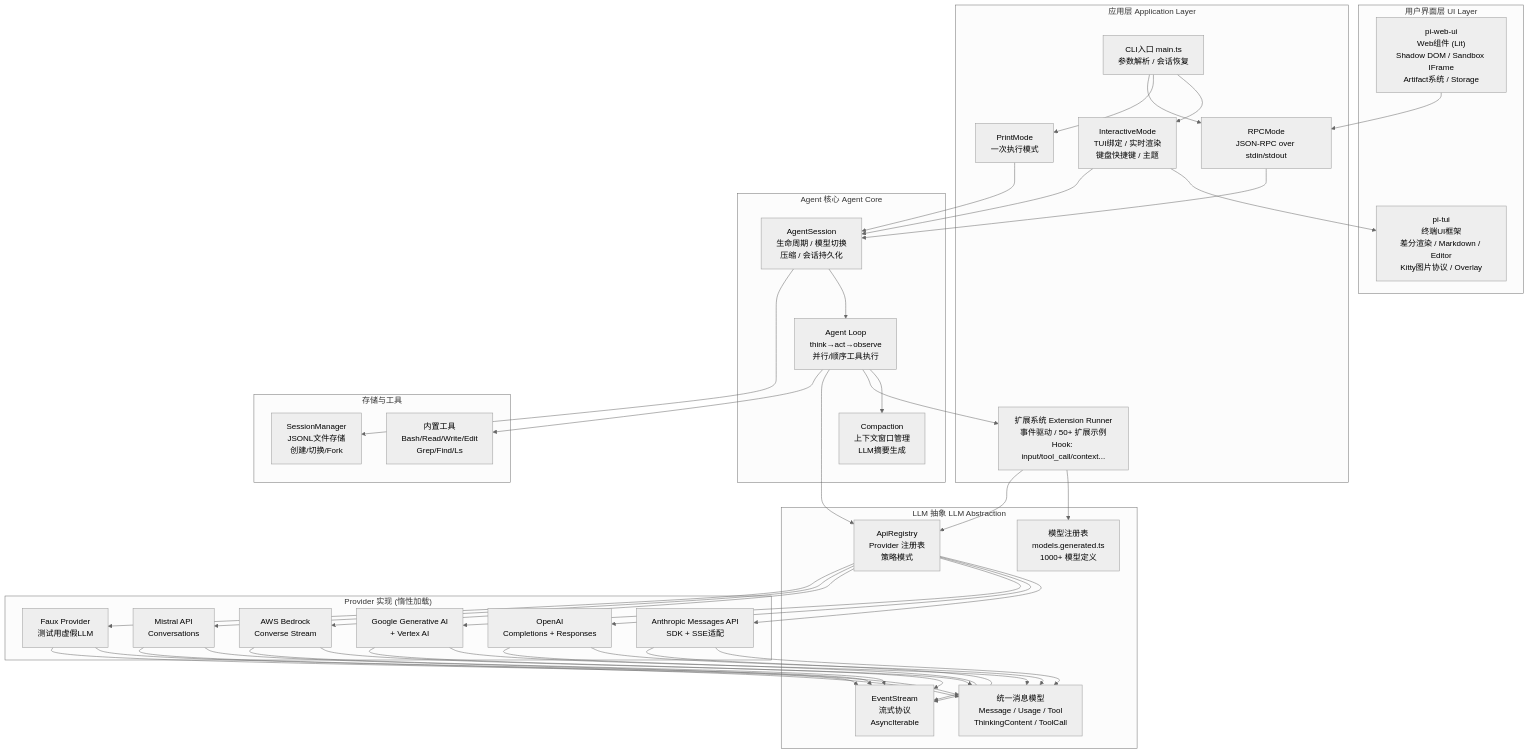
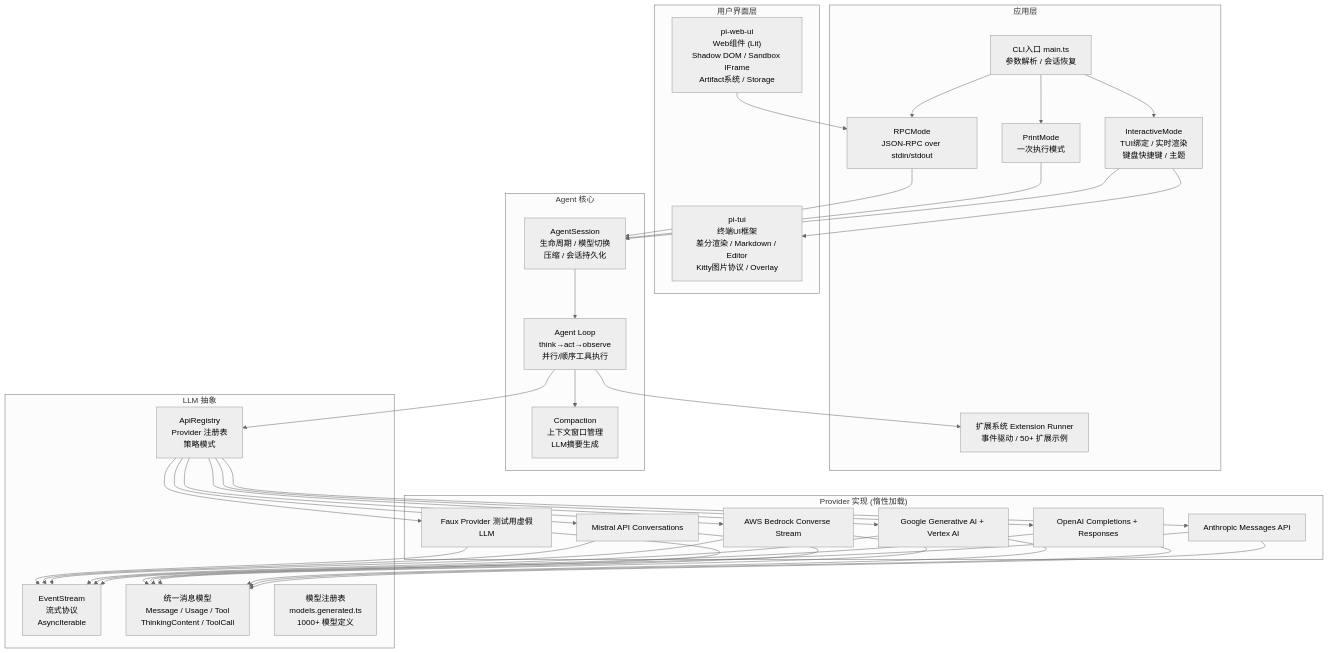
Before and after one commit to wangbinyq/opensource-arch: the first of 2 diagrams in analyses/pi-mono/README.md, drawn with Mermaid (neutral theme). The commit also changed other lines of this file and 8 other files, not shown here.

````diff
--- a/analyses/pi-mono/README.md
+++ b/analyses/pi-mono/README.md
@@ -602,61 +29,47 @@
 ```mermaid
 graph TB
-    subgraph "用户界面层 UI Layer"
+    subgraph "用户界面层"
         TUI["pi-tui<br/>终端UI框架<br/>差分渲染 / Markdown / Editor<br/>Kitty图片协议 / Overlay"]
         WEB["pi-web-ui<br/>Web组件 (Lit)<br/>Shadow DOM / Sandbox IFrame<br/>Artifact系统 / Storage"]
     end
 
-    subgraph "应用层 Application Layer"
+    subgraph "应用层"
         CLI["CLI入口 main.ts<br/>参数解析 / 会话恢复"]
         INTER["InteractiveMode<br/>TUI绑定 / 实时渲染<br/>键盘快捷键 / 主题"]
         PRINT["PrintMode<br/>一次执行模式"]
         RPC["RPCMode<br/>JSON-RPC over stdin/stdout"]
-        EXT["扩展系统 Extension Runner<br/>事件驱动 / 50+ 扩展示例<br/>Hook: input/tool_call/context..."]
+        EXT["扩展系统 Extension Runner<br/>事件驱动 / 50+ 扩展示例"]
     end
 
-    subgraph "Agent 核心 Agent Core"
+    subgraph "Agent 核心"
         AS["AgentSession<br/>生命周期 / 模型切换<br/>压缩 / 会话持久化"]
         AL["Agent Loop<br/>think→act→observe<br/>并行/顺序工具执行"]
         COMP["Compaction<br/>上下文窗口管理<br/>LLM摘要生成"]
     end
 
-    subgraph "LLM 抽象 LLM Abstraction"
+    subgraph "LLM 抽象"
         API_REG["ApiRegistry<br/>Provider 注册表<br/>策略模式"]
         STREAM["EventStream<br/>流式协议<br/>AsyncIterable"]
         TYPES["统一消息模型<br/>Message / Usage / Tool<br/>ThinkingContent / ToolCall"]
         MODELS["模型注册表<br/>models.generated.ts<br/>1000+ 模型定义"]
     end
 
     subgraph "Provider 实现 (惰性加载)"
-        ANTH["Anthropic Messages API<br/>SDK + SSE适配"]
-        OPENAI["OpenAI<br/>Completions + Responses"]
-        GOOGLE["Google Generative AI<br/>+ Vertex AI"]
-        BEDROCK["AWS Bedrock<br/>Converse Stream"]
-        MISTRAL["Mistral API<br/>Conversations"]
-        FAUX["Faux Provider<br/>测试用虚假LLM"]
-    end
-
-    subgraph "存储与工具"
-        SM["SessionManager<br/>JSONL文件存储<br/>创建/切换/Fork"]
-        TOOLS["内置工具<br/>Bash/Read/Write/Edit<br/>Grep/Find/Ls"]
+        ANTH["Anthropic Messages API"]
+        OPENAI["OpenAI Completions + Responses"]
+        GOOGLE["Google Generative AI + Vertex AI"]
+        BEDROCK["AWS Bedrock Converse Stream"]
+        MISTRAL["Mistral API Conversations"]
+        FAUX["Faux Provider 测试用虚假LLM"]
     end
 
     CLI --> INTER & PRINT & RPC
     INTER --> TUI
     WEB --> RPC
-
     INTER & PRINT & RPC --> AS
     AS --> AL
-    AL --> COMP
-    AL --> EXT
-
+    AL --> COMP & EXT
     AL --> API_REG
     API_REG --> ANTH & OPENAI & GOOGLE & BEDROCK & MISTRAL & FAUX
-    ANTH & OPENAI & GOOGLE & BEDROCK & MISTRAL & FAUX --> TYPES
-    ANTH & OPENAI & GOOGLE & BEDROCK & MISTRAL & FAUX --> STREAM
-
-    AS --> SM
-    AL --> TOOLS
-    EXT --> MODELS
-    EXT --> API_REG
+    ANTH & OPENAI & GOOGLE & BEDROCK & MISTRAL & FAUX --> TYPES & STREAM
 ```
````
